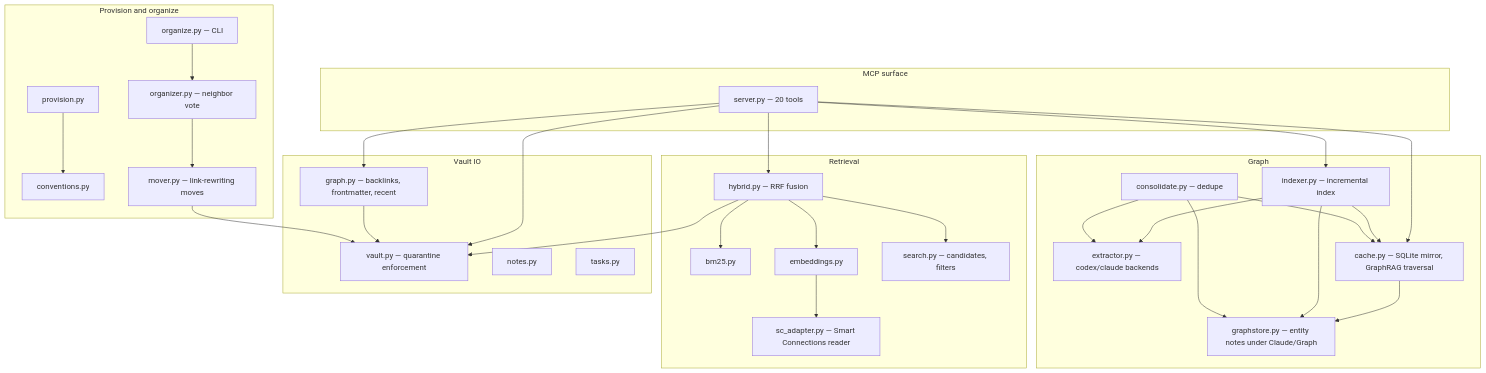
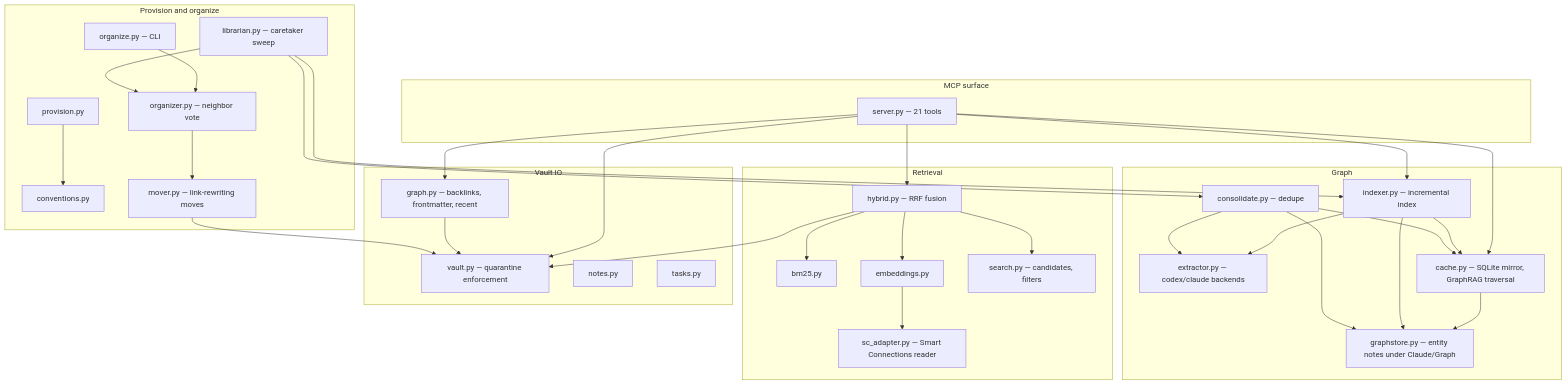
The diagram in docs/ARCHITECTURE.md (DeepExtrema/tesseract-mcp), drawn with Mermaid before and after one commit. The commit also changed other lines of this file and 1 other file, not shown here.

Commit message:
docs: Librarian caretaker loop (architecture section, README ops notes)

````diff
--- a/docs/ARCHITECTURE.md
+++ b/docs/ARCHITECTURE.md
@@ -13,46 +13,50 @@
 ```mermaid
 flowchart TB
     subgraph "MCP surface"
-        server[server.py — 20 tools]
+        server[server.py — 21 tools]
     end
     subgraph "Retrieval"
         hybrid[hybrid.py — RRF fusion]
         bm25[bm25.py]
         emb[embeddings.py]
         sca[sc_adapter.py — Smart Connections reader]
         search[search.py — candidates, filters]
     end
     subgraph "Graph"
         indexer[indexer.py — incremental index]
         extractor[extractor.py — codex/claude backends]
         cache[cache.py — SQLite mirror, GraphRAG traversal]
         gstore[graphstore.py — entity notes under Claude/Graph]
         consolidate[consolidate.py — dedupe]
     end
     subgraph "Vault IO"
         vault[vault.py — quarantine enforcement]
         notes[notes.py]
         tasks[tasks.py]
         graphmod[graph.py — backlinks, frontmatter, recent]
     end
     subgraph "Provision and organize"
         provision[provision.py]
         conventions[conventions.py]
         organize[organize.py — CLI]
         organizer[organizer.py — neighbor vote]
         mover[mover.py — link-rewriting moves]
+        librarian[librarian.py — caretaker sweep]
     end
     server --> hybrid --> bm25 & emb & search
     emb --> sca
     server --> cache --> gstore
     server --> graphmod
     server --> indexer --> extractor & gstore
     indexer --> cache
     consolidate --> cache & gstore & extractor
     server --> vault
     hybrid --> vault
     graphmod --> vault
     provision --> conventions
     organize --> organizer
     organizer --> mover --> vault
+    librarian --> indexer
+    librarian --> organizer
+    librarian --> consolidate
 ```
````
